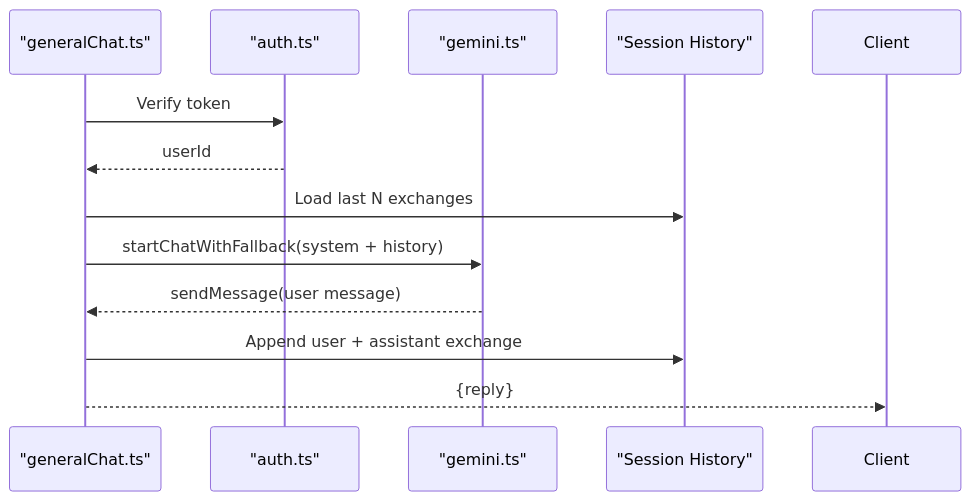
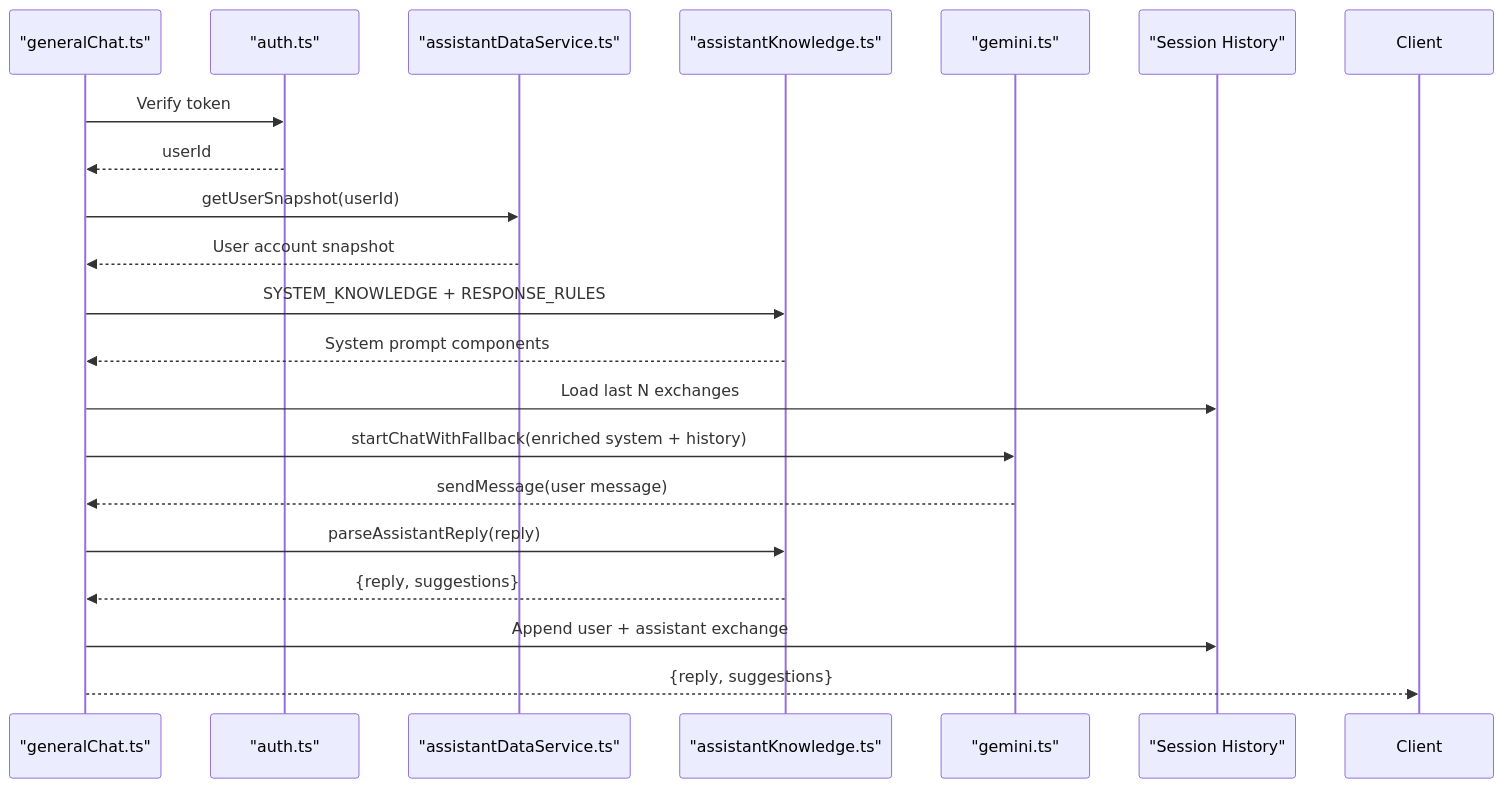
The fourth of 7 diagrams in .qoder/repowiki/en/content/Frontend Documentation/Global AI Assistant.md (NaveenHiranya/Smart-Vehicle-Insurance-Claim-System), drawn with Mermaid before and after one commit. The commit also changed other lines of this file and 17 other files, not shown here.

````diff
--- a/.qoder/repowiki/en/content/Frontend Documentation/Global AI Assistant.md
+++ b/.qoder/repowiki/en/content/Frontend Documentation/Global AI Assistant.md
@@ -182,14 +229,22 @@
 ```mermaid
 sequenceDiagram
 participant R as "generalChat.ts"
 participant M as "auth.ts"
+participant D as "assistantDataService.ts"
+participant K as "assistantKnowledge.ts"
 participant G as "gemini.ts"
 participant S as "Session History"
 R->>M : Verify token
 M-->>R : userId
+R->>D : getUserSnapshot(userId)
+D-->>R : User account snapshot
+R->>K : SYSTEM_KNOWLEDGE + RESPONSE_RULES
+K-->>R : System prompt components
 R->>S : Load last N exchanges
-R->>G : startChatWithFallback(system + history)
+R->>G : startChatWithFallback(enriched system + history)
 G-->>R : sendMessage(user message)
+R->>K : parseAssistantReply(reply)
+K-->>R : {reply, suggestions}
 R->>S : Append user + assistant exchange
-R-->>Client : {reply}
+R-->>Client : {reply, suggestions}
 ```
````
